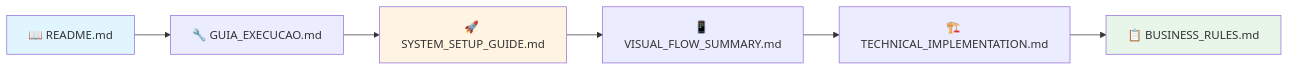
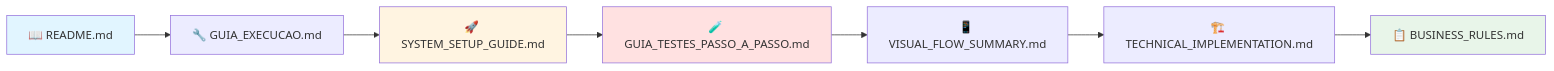
One commit to PrimeCareSoftware/MW.Code changed the first of 4 diagrams in docs/INDEX.md. Above: the diagram before and after it, drawn with Mermaid. The commit also changed other lines of this file and 1 other file, not shown here.

````diff
--- a/docs/INDEX.md
+++ b/docs/INDEX.md
@@ -62,12 +63,14 @@
 ```mermaid
 graph LR
     A[📖 README.md] --> B[🔧 GUIA_EXECUCAO.md]
     B --> C[🚀 SYSTEM_SETUP_GUIDE.md]
-    C --> D[📱 VISUAL_FLOW_SUMMARY.md]
-    D --> E[🏗️ TECHNICAL_IMPLEMENTATION.md]
-    E --> F[📋 BUSINESS_RULES.md]
+    C --> D[🧪 GUIA_TESTES_PASSO_A_PASSO.md]
+    D --> E[📱 VISUAL_FLOW_SUMMARY.md]
+    E --> F[🏗️ TECHNICAL_IMPLEMENTATION.md]
+    F --> G[📋 BUSINESS_RULES.md]
     
     style A fill:#e1f5ff
     style C fill:#fff4e1
-    style F fill:#e8f5e9
+    style D fill:#ffe1e1
+    style G fill:#e8f5e9
 ```
````
